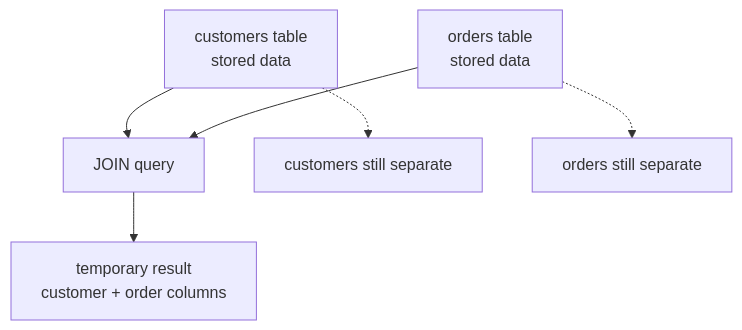
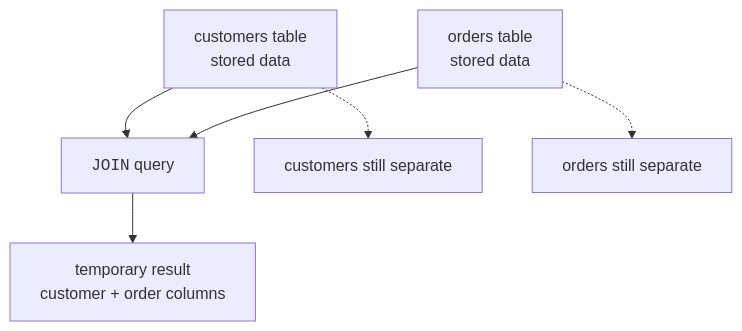
One commit to dataslope/dataslope changed the third of 4 diagrams in content/courses/sqlite-for-beginners/understanding-joins.mdx. Above: the diagram before and after it, drawn with Mermaid. The commit also changed other lines of this file and 52 other files, not shown here.

First line of the commit message:
Set SQL keywords in mermaid labels as code, and 10 more breakdowns

````diff
--- a/content/courses/sqlite-for-beginners/understanding-joins.mdx
+++ b/content/courses/sqlite-for-beginners/understanding-joins.mdx
@@ -216,8 +216,8 @@
 ```mermaid
 flowchart TB
-    C["customers table<br/>stored data"] --> Q["JOIN query"]
+    C["customers table<br/>stored data"] --> Q["<code>JOIN</code> query"]
     O["orders table<br/>stored data"] --> Q
     Q --> R["temporary result<br/>customer + order columns"]
     C -.-> C2["customers still separate"]
     O -.-> O2["orders still separate"]
 ```
````
